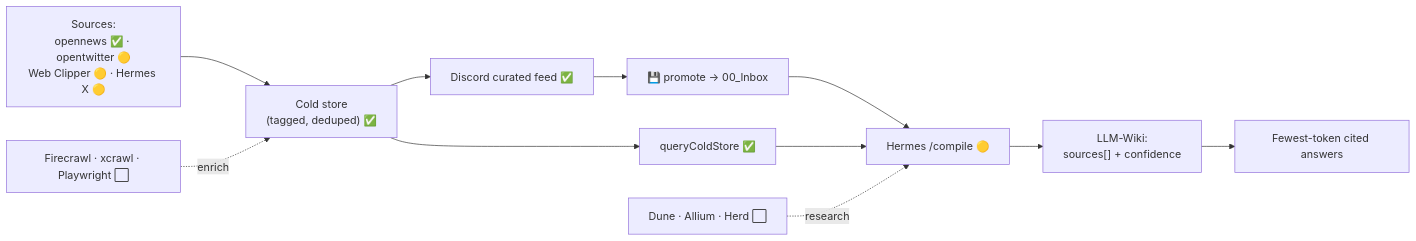
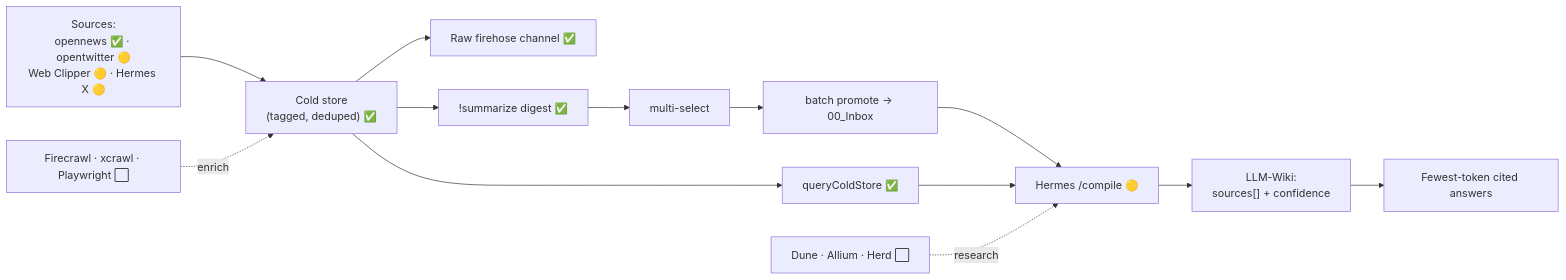
The diagram in README.md (thenotoriousmrkrabs/crypto-engram-llm-wiki), drawn with Mermaid before and after one commit. The commit also changed other lines of this file and 10 other files, not shown here.

````diff
--- a/README.md
+++ b/README.md
@@ -61,11 +62,12 @@
 ```mermaid
 flowchart LR
     S["Sources:<br/>opennews ✅ · opentwitter 🟡<br/>Web Clipper 🟡 · Hermes X 🟡"] --> CS["Cold store<br/>(tagged, deduped) ✅"]
-    CS --> D["Discord curated feed ✅"] --> P["💾 promote → 00_Inbox"]
+    CS --> D["Raw firehose channel ✅"]
+    CS --> SUM["!summarize digest ✅"] --> SEL["multi-select"] --> P["batch promote → 00_Inbox"]
     CS --> Q["queryColdStore ✅"]
     P --> H["Hermes /compile 🟡"]
     Q --> H
     OC["Dune · Allium · Herd ⬜"] -.research.-> H
     DF["Firecrawl · xcrawl · Playwright ⬜"] -.enrich.-> CS
     H --> W["LLM-Wiki:<br/>sources[] + confidence"] --> A["Fewest-token cited answers"]
 ```
````
